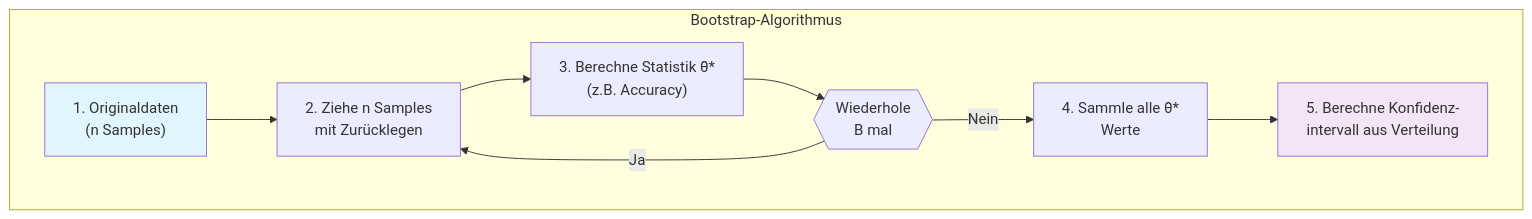
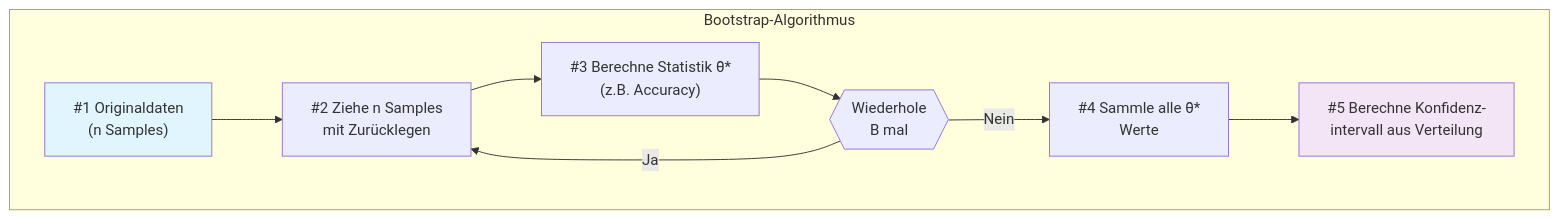
The third of 7 diagrams in docs/concepts/evaluate/bootstrapping.md (ralf-42/ML_Intro), drawn with Mermaid before and after one commit. The commit also changed other lines of this file and 3 other files, not shown here.

````diff
--- a/docs/concepts/evaluate/bootstrapping.md
+++ b/docs/concepts/evaluate/bootstrapping.md
@@ -152,14 +153,14 @@
 ```mermaid
 flowchart TB
     subgraph algo["Bootstrap-Algorithmus"]
-        A["1. Originaldaten<br/>(n Samples)"] --> B["2. Ziehe n Samples<br/>mit Zurücklegen"]
-        B --> C["3. Berechne Statistik θ̂*<br/>(z.B. Accuracy)"]
+        A["#1 Originaldaten<br/>(n Samples)"] --> B["#2 Ziehe n Samples<br/>mit Zurücklegen"]
+        B --> C["#3 Berechne Statistik θ̂*<br/>(z.B. Accuracy)"]
         C --> D{{"Wiederhole<br/>B mal"}}
         D --> |"Ja"| B
-        D --> |"Nein"| E["4. Sammle alle θ̂*<br/>Werte"]
-        E --> F["5. Berechne Konfidenz-<br/>intervall aus Verteilung"]
+        D --> |"Nein"| E["#4 Sammle alle θ̂*<br/>Werte"]
+        E --> F["#5 Berechne Konfidenz-<br/>intervall aus Verteilung"]
     end
-    
+
     style A fill:#e1f5fe
     style F fill:#f3e5f5
 ```
````
